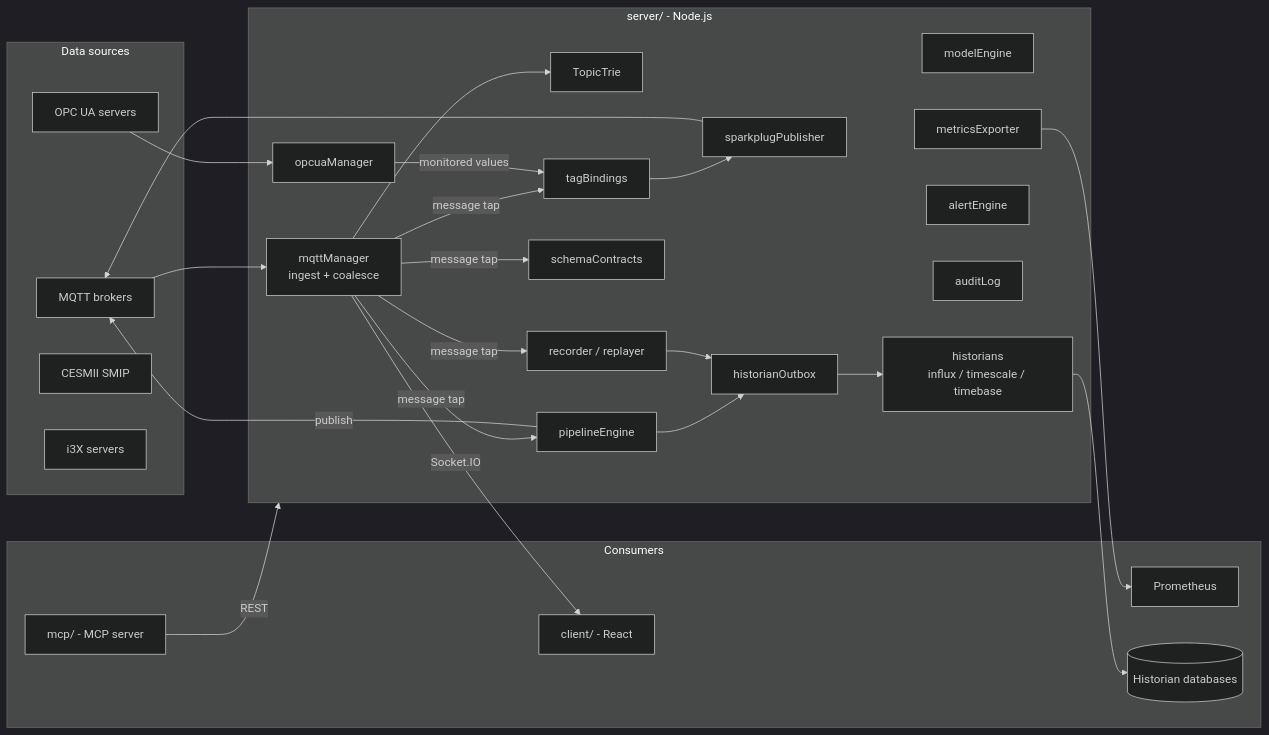
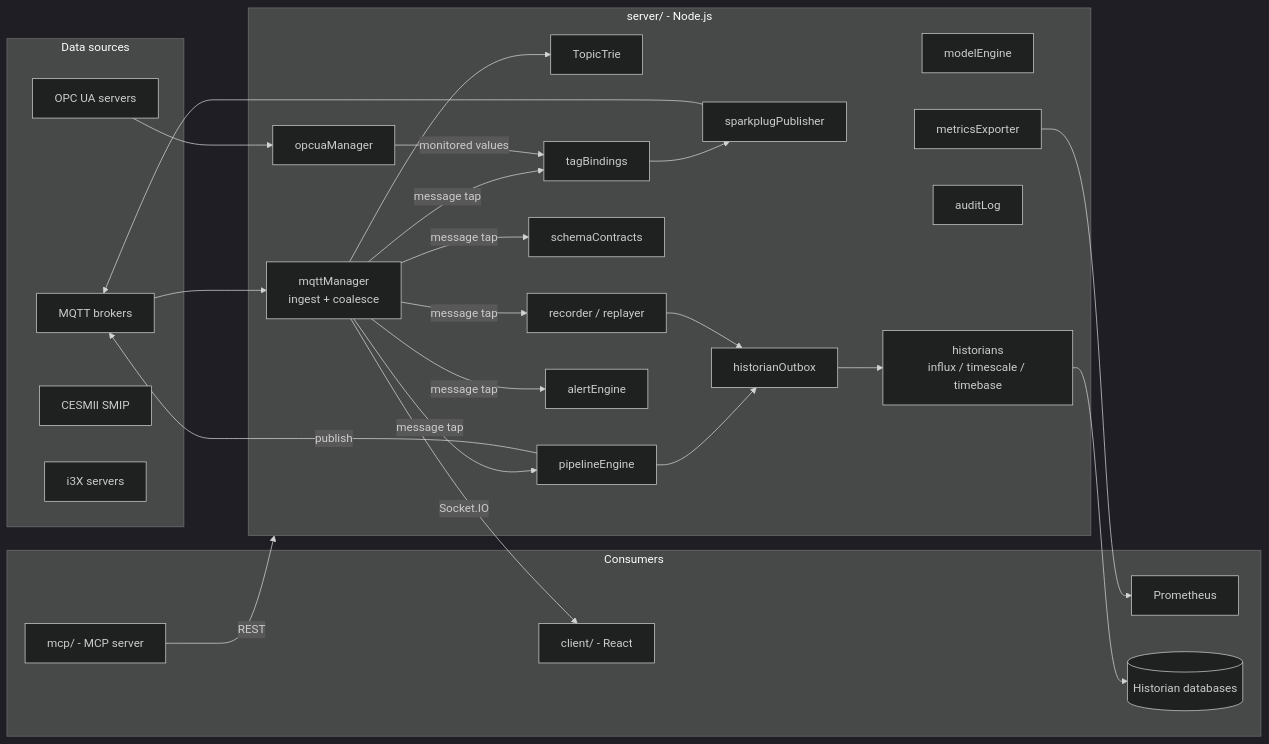
Before and after one commit to zbest1000/manifold: the first of 8 diagrams in ARCHITECTURE.md, drawn with Mermaid (dark theme). The commit also changed other lines of this file and 27 other files, not shown here.

````diff
--- a/ARCHITECTURE.md
+++ b/ARCHITECTURE.md
@@ -9,47 +9,47 @@
 ```mermaid
 flowchart LR
     subgraph sources [Data sources]
         B[MQTT brokers]
         O[OPC UA servers]
         C[CESMII SMIP]
         I[i3X servers]
     end
 
     subgraph server [server/ - Node.js]
         M[mqttManager<br/>ingest + coalesce]
         OM[opcuaManager]
         T[TopicTrie]
         P[pipelineEngine]
         MD[modelEngine]
         R[recorder / replayer]
         SC[schemaContracts]
         TB[tagBindings]
         SP[sparkplugPublisher]
         OB[historianOutbox]
         H[historians<br/>influx / timescale / timebase]
         AL[alertEngine]
         AU[auditLog]
         MX[metricsExporter]
     end
 
     subgraph clients [Consumers]
         UI[client/ - React]
         MCP[mcp/ - MCP server]
         PROM[Prometheus]
         HIST[(Historian databases)]
     end
 
     B --> M
     O --> OM
     M --> T
-    M -- message tap --> P & R & SC & TB
+    M -- message tap --> P & R & SC & TB & AL
     OM -- monitored values --> TB
     P --> OB
     R --> OB
     OB --> H --> HIST
     TB --> SP --> B
     P -- publish --> B
     M -- Socket.IO --> UI
     MCP -- REST --> server
     MX --> PROM
 ```
````
